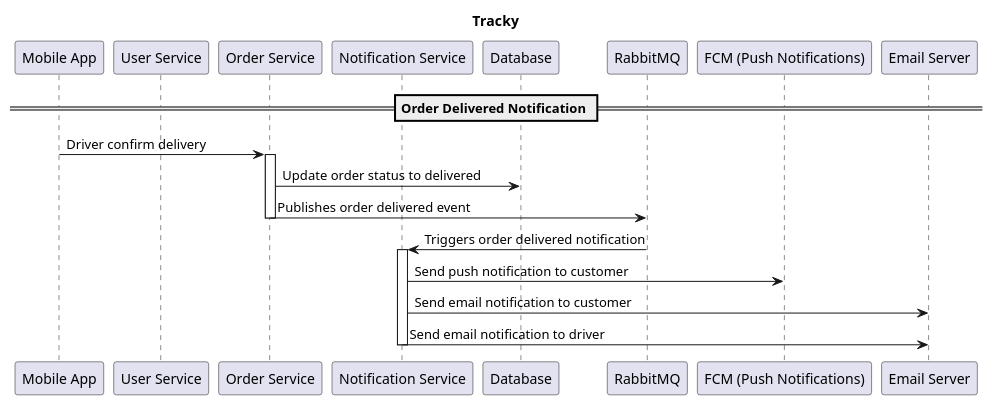
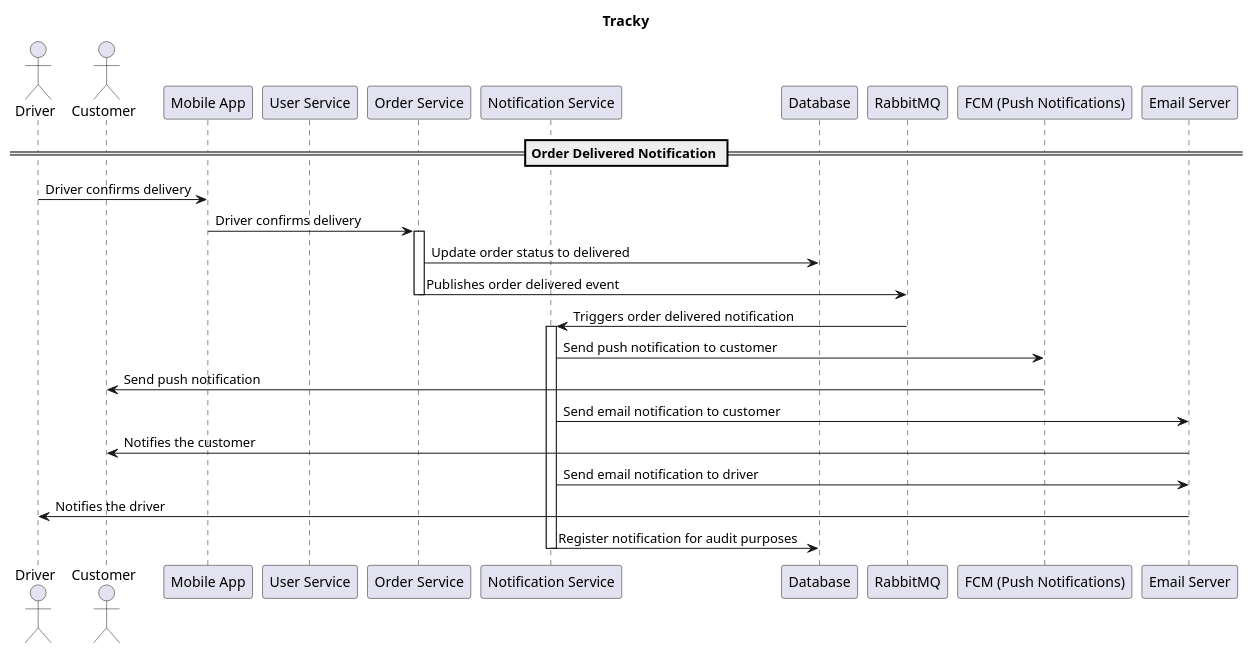
The diagram in assets/order-delivered-diagram.puml (lucaazalim/ldamd-tracky), drawn with PlantUML before and after one commit. The commit also changed 7 other files, not shown here.

```diff
--- a/assets/order-delivered-diagram.puml
+++ b/assets/order-delivered-diagram.puml
@@ -1,32 +1,41 @@
 @startuml TrackyCloudSequence
 title Tracky
+
+actor Driver as D
+actor Customer as C
 
 participant "Mobile App" as MA
 participant "User Service" as US
 participant "Order Service" as OS
 participant "Notification Service" as NS
 
 participant "Database" as DB
 participant "RabbitMQ" as RMQ
 
 participant "FCM (Push Notifications)" as FCM
 participant "Email Server" as ES
 
 == Order Delivered Notification ==
 
-MA -> OS: Driver confirm delivery
+D -> MA: Driver confirms delivery
+MA -> OS: Driver confirms delivery
 
 activate OS
 OS -> DB: Update order status to delivered
 OS -> RMQ: Publishes order delivered event
 deactivate OS
 
 RMQ -> NS: Triggers order delivered notification
 
 activate NS
 NS -> FCM: Send push notification to customer
+FCM -> C: Send push notification
 NS -> ES: Send email notification to customer
+ES -> C: Notifies the customer
 NS -> ES: Send email notification to driver
+ES -> D: Notifies the driver
+
+NS -> DB: Register notification for audit purposes
 deactivate NS
 
 @enduml
```
